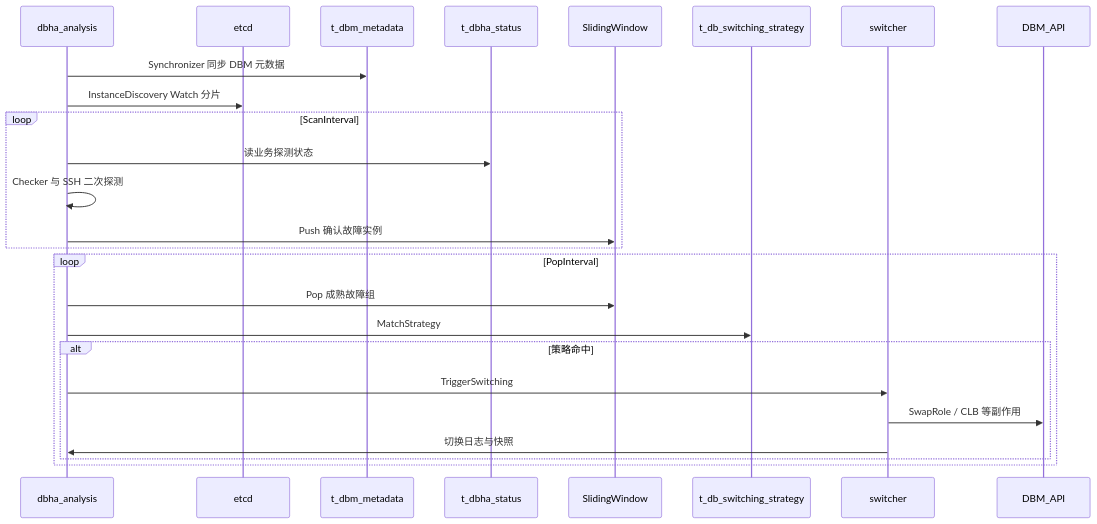
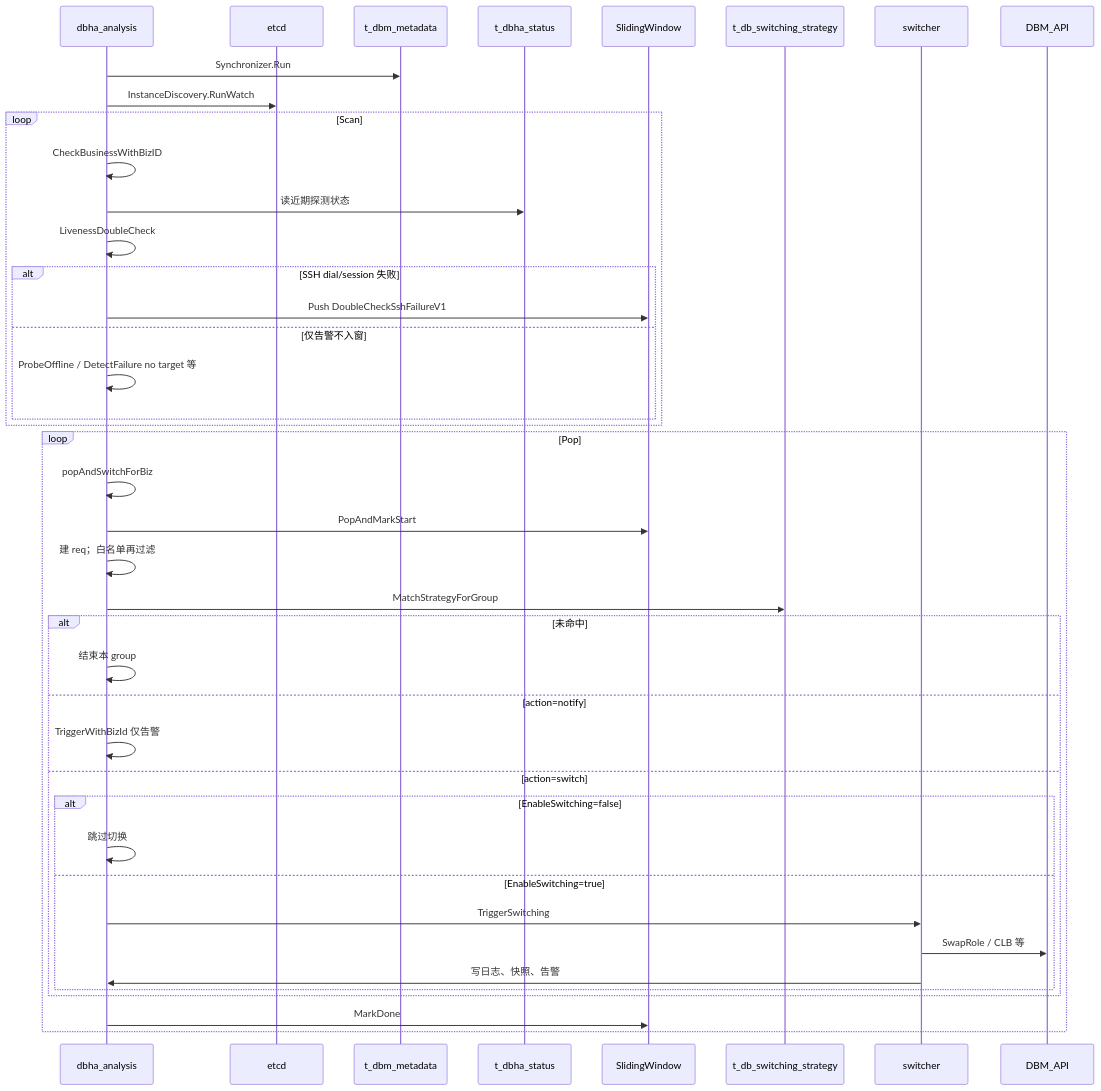
The first of 3 diagrams in dbm-services/common/dbha-v2/docs/flows/failure-detection-and-failover.md (TencentBlueKing/blueking-dbm), drawn with Mermaid before and after one commit. The commit also changed other lines of this file and 8 other files, not shown here.

Commit message:
docs(dbha-v2): refine enter-window docs and Mermaid flowcharts. issue: #19000

````diff
--- a/dbm-services/common/dbha-v2/docs/flows/failure-detection-and-failover.md
+++ b/dbm-services/common/dbha-v2/docs/flows/failure-detection-and-failover.md
@@ -54,30 +23,46 @@
 ```mermaid
 sequenceDiagram
   participant AM as dbha_analysis
   participant Etcd as etcd
   participant Meta as t_dbm_metadata
   participant Status as t_dbha_status
   participant Win as SlidingWindow
   participant Strat as t_db_switching_strategy
   participant Switcher as switcher
   participant DBM as DBM_API
 
-  AM->>Meta: Synchronizer 同步 DBM 元数据
-  AM->>Etcd: InstanceDiscovery Watch 分片
+  AM->>Meta: Synchronizer.Run
+  AM->>Etcd: InstanceDiscovery.RunWatch
 
-  loop ScanInterval
-    AM->>Status: 读业务探测状态
-    AM->>AM: Checker 与 SSH 二次探测
-    AM->>Win: Push 确认故障实例
+  loop Scan
+    AM->>AM: CheckBusinessWithBizID
+    AM->>Status: 读近期探测状态
+    AM->>AM: LivenessDoubleCheck
+    alt SSH dial/session 失败
+      AM->>Win: Push DoubleCheckSshFailureV1
+    else 仅告警不入窗
+      AM->>AM: ProbeOffline / DetectFailure no target 等
+    end
   end
 
-  loop PopInterval
-    AM->>Win: Pop 成熟故障组
-    AM->>Strat: MatchStrategy
-    alt 策略命中
-      AM->>Switcher: TriggerSwitching
-      Switcher->>DBM: SwapRole / CLB 等副作用
-      Switcher->>AM: 切换日志与快照
+  loop Pop
+    AM->>AM: popAndSwitchForBiz
+    AM->>Win: PopAndMarkStart
+    AM->>AM: 建 req；白名单再过滤
+    AM->>Strat: MatchStrategyForGroup
+    alt 未命中
+      AM->>AM: 结束本 group
+    else action=notify
+      AM->>AM: TriggerWithBizId 仅告警
+    else action=switch
+      alt EnableSwitching=false
+        AM->>AM: 跳过切换
+      else EnableSwitching=true
+        AM->>Switcher: TriggerSwitching
+        Switcher->>DBM: SwapRole / CLB 等
+        Switcher->>AM: 写日志、快照、告警
+      end
     end
+    AM->>Win: MarkDone
   end
 ```
````
